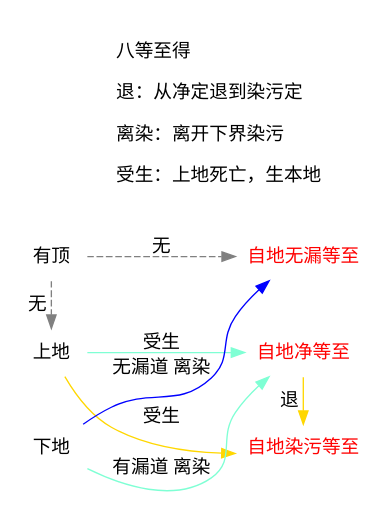
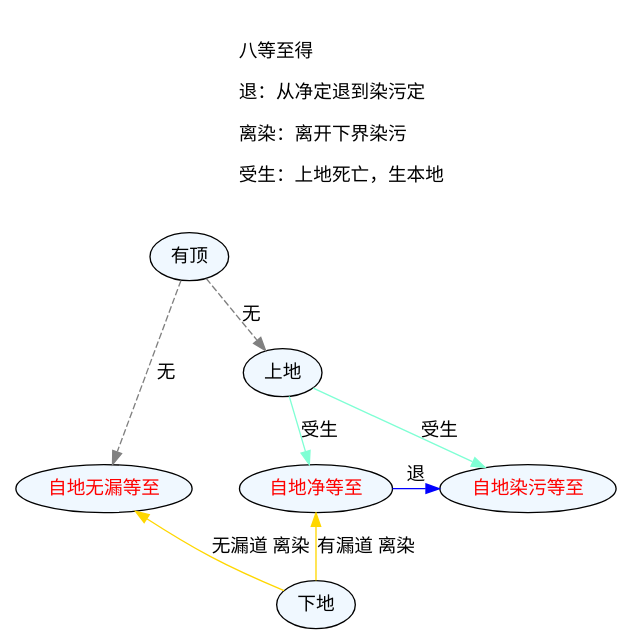
The diagram in 图笔记/8. 分别定品第八/八等至得.gv (bdphin/bdphin), drawn with Graphviz before and after one commit. The commit also changed 11 other files, not shown here.

```diff
--- a/图笔记/8. 分别定品第八/八等至得.gv
+++ b/图笔记/8. 分别定品第八/八等至得.gv
@@ -1,38 +1,34 @@
 digraph 八等至得 {
-    rankdir = LR
+    rankdir = TB
     splines=true
-    node [shape = none]
+    node [style=filled, fillcolor=aliceblue ]
     
     labelloc = t
     label = "
             八等至得\l
             退：从净定退到染污定\l
             离染：离开下界染污\l
             受生：上地死亡，生本地\l
             "
-
-    
+    上地
+    下地
+    有顶
     自地染污等至[fontcolor = red]
     自地净等至[fontcolor = red]
     自地无漏等至[fontcolor = red]
 
-    上地 -> 下地[style=invis]
-
+    上地 -> 自地无漏等至 [style=invis]
     自地无漏等至 -> 自地净等至 [style=invis]
     自地净等至 -> 自地染污等至 [style=invis]
+    自地染污等至 -> 下地 [style=invis]
 
     有顶 -> {上地,自地无漏等至} [label="无" style=dashed, color=grey]
+    上地 -> 自地净等至 [label="受生" color=aquamarine]
+    上地 -> 自地染污等至 [label="受生" color=aquamarine]
+    自地净等至 -> 自地染污等至 [label="退" color=blue]
+    下地 -> 自地净等至 [label="有漏道 离染" color=gold]
+    下地 -> 自地无漏等至 [label="无漏道 离染" color=gold]
 
-    下地 -> 自地净等至 [label="有漏道 离染" color=aquamarine]
-    上地 -> 自地净等至 [label="受生" color=aquamarine]
-
-    自地净等至 -> 自地染污等至 [label="退" color=gold]
-    上地 -> 自地染污等至 [label="受生" color=gold]
-
-    下地 -> 自地无漏等至 [label="无漏道 离染" color=blue]
-
-    {rank = same; 自地染污等至; 自地净等至;自地无漏等至; }
-    {rank = same;  有顶 ;上地;下地}
-
+   {rank = same; 自地染污等至; 自地净等至;自地无漏等至;}
      
 }
```
